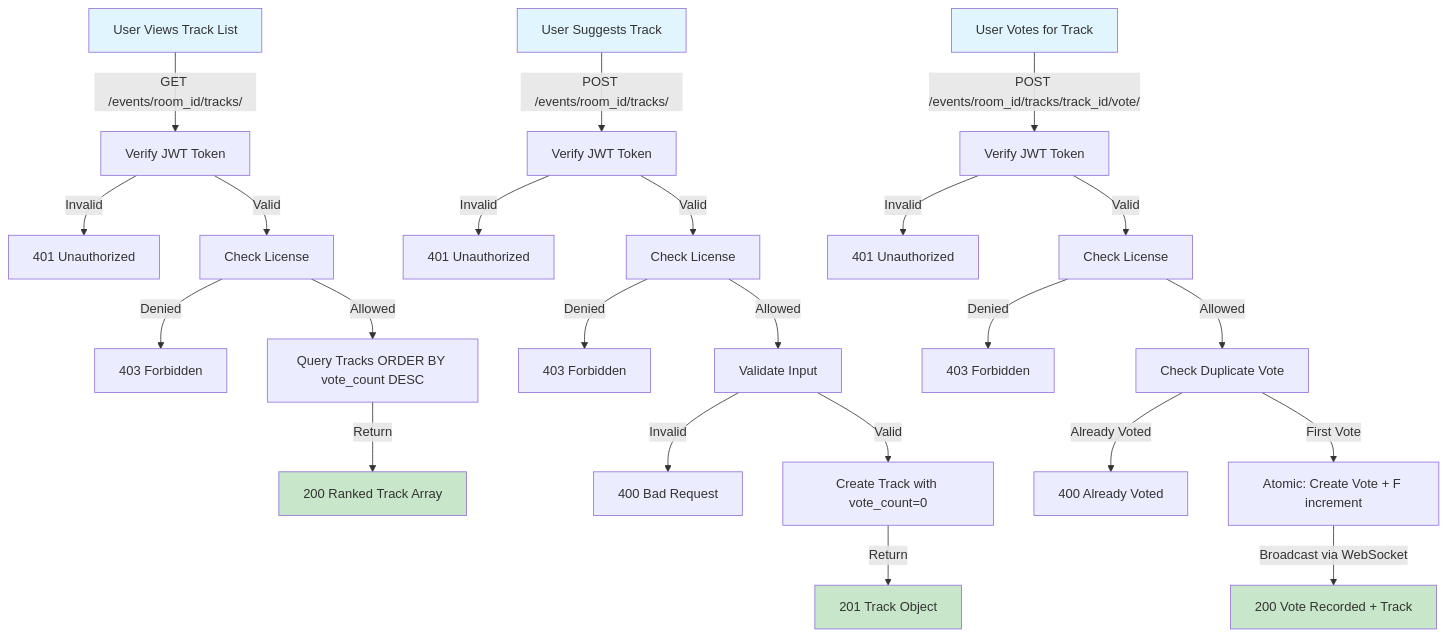
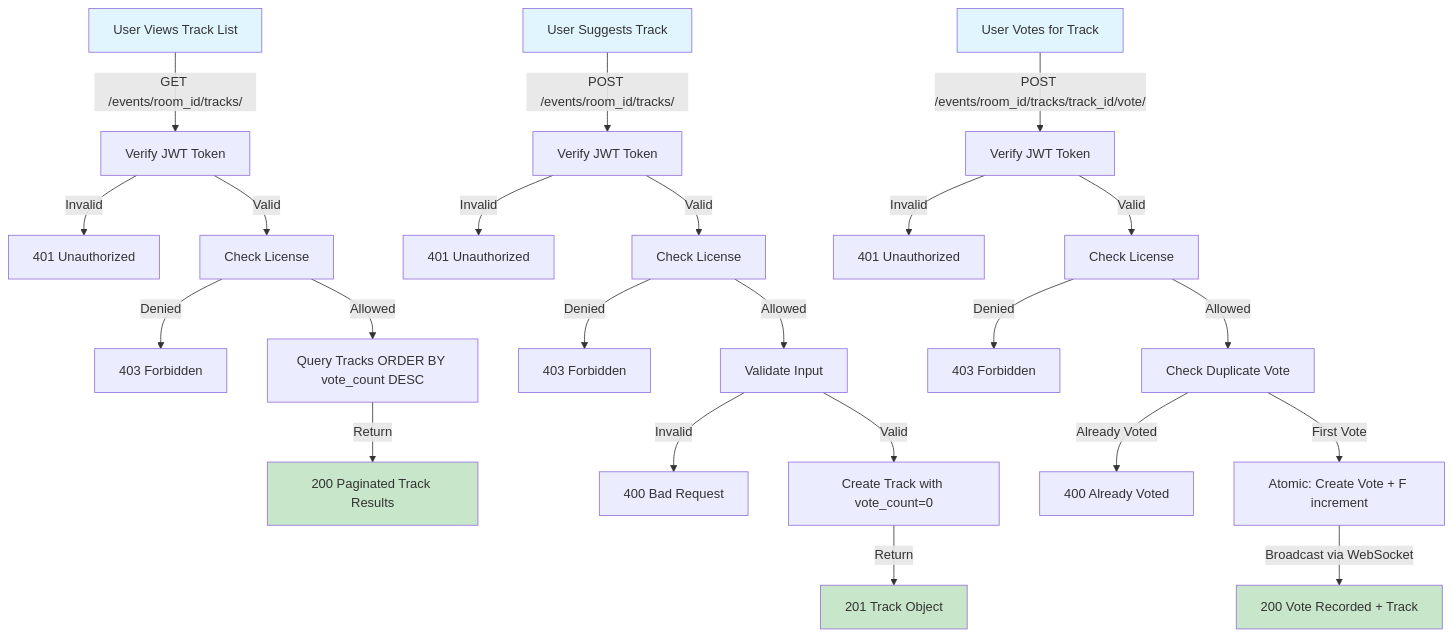
One commit to RadiantVixen/music-room changed the ninth of 14 diagrams in API_SCHEMAS.md. Above: the diagram before and after it, drawn with Mermaid. The commit also changed other lines of this file and 19 other files, not shown here.

````diff
--- a/API_SCHEMAS.md
+++ b/API_SCHEMAS.md
@@ -1133,34 +1134,34 @@
 ```mermaid
 graph TD
     A["User Views Track List"] -->|GET /events/room_id/tracks/| B["Verify JWT Token"]
     B -->|Invalid| C["401 Unauthorized"]
     B -->|Valid| D["Check License"]
     D -->|Denied| E["403 Forbidden"]
     D -->|Allowed| F["Query Tracks ORDER BY vote_count DESC"]
-    F -->|Return| G["200 Ranked Track Array"]
+    F -->|Return| G["200 Paginated Track Results"]
     
     H["User Suggests Track"] -->|POST /events/room_id/tracks/| I["Verify JWT Token"]
     I -->|Invalid| J["401 Unauthorized"]
     I -->|Valid| K["Check License"]
     K -->|Denied| L["403 Forbidden"]
     K -->|Allowed| M["Validate Input"]
     M -->|Invalid| N["400 Bad Request"]
     M -->|Valid| O["Create Track with vote_count=0"]
     O -->|Return| P["201 Track Object"]
     
     Q["User Votes for Track"] -->|POST /events/room_id/tracks/track_id/vote/| R["Verify JWT Token"]
     R -->|Invalid| S["401 Unauthorized"]
     R -->|Valid| T["Check License"]
     T -->|Denied| U["403 Forbidden"]
     T -->|Allowed| V["Check Duplicate Vote"]
     V -->|Already Voted| W["400 Already Voted"]
     V -->|First Vote| X["Atomic: Create Vote + F increment"]
     X -->|Broadcast via WebSocket| Y["200 Vote Recorded + Track"]
     
     style A fill:#e1f5ff
     style H fill:#e1f5ff
     style Q fill:#e1f5ff
     style G fill:#c8e6c9
     style P fill:#c8e6c9
     style Y fill:#c8e6c9
 ```
````
